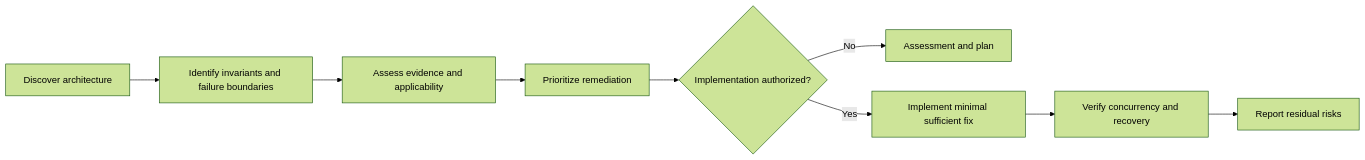
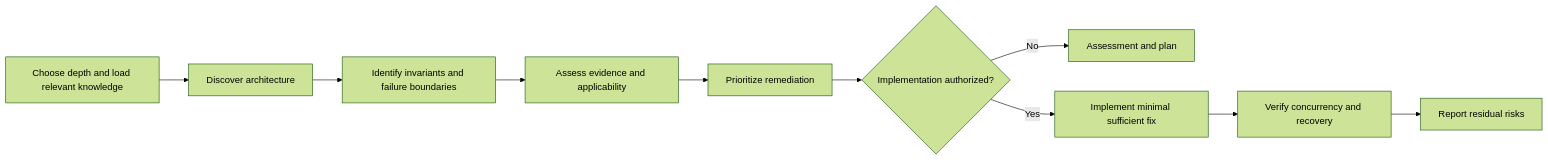
One commit to ameralqarallih-lgtm/solution-design-hardening changed the second of 9 diagrams in README.md. Above: the diagram before and after it, drawn with Mermaid (forest theme). The commit also changed other lines of this file, not shown here.

````diff
--- a/README.md
+++ b/README.md
@@ -97,11 +115,12 @@
 ```mermaid
 flowchart LR
-    A[Discover architecture] --> B[Identify invariants and failure boundaries]
+    S[Choose depth and load relevant knowledge] --> A[Discover architecture]
+    A --> B[Identify invariants and failure boundaries]
     B --> C[Assess evidence and applicability]
     C --> D[Prioritize remediation]
     D --> E{Implementation authorized?}
     E -->|No| F[Assessment and plan]
     E -->|Yes| G[Implement minimal sufficient fix]
     G --> H[Verify concurrency and recovery]
     H --> I[Report residual risks]
 ```
````
